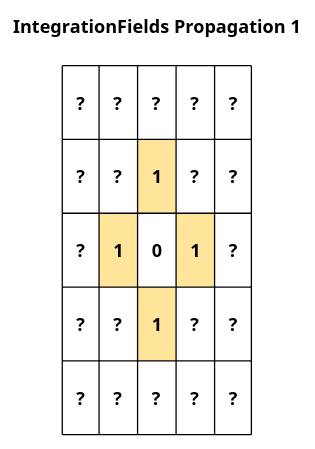
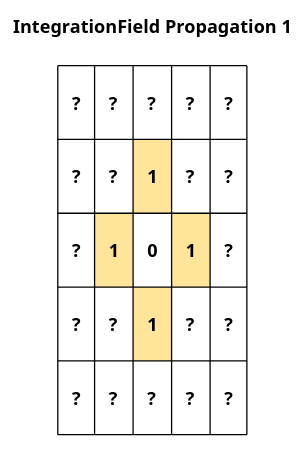
One commit to BlondeBurrito/bevy_flowfield_tiles_plugin changed the diagram in docs/int_field_prop1.puml. Above: the diagram before and after it, drawn with PlantUML. The commit also changed 35 other files, not shown here.

```diff
--- a/docs/int_field_prop1.puml
+++ b/docs/int_field_prop1.puml
@@ -1,12 +1,12 @@
 @startuml int_field_prop1
 
 title
-IntegrationFields Propagation 1
+IntegrationField Propagation 1
 
 |\n   ?   \n|\n   ?   \n|\n   ?   \n|\n   ?   \n|\n   ?   \n|
 |\n   ?   \n|\n   ?   \n|<#ffe599>\n   1   \n|\n   ?   \n|\n   ?   \n|
 |\n   ?   \n|<#ffe599>\n   1   \n|\n   0   \n|<#ffe599>\n   1   \n|\n   ?   \n|
 |\n   ?   \n|\n   ?   \n|<#ffe599>\n   1   \n|\n   ?   \n|\n   ?   \n|
 |\n   ?   \n|\n   ?   \n|\n   ?   \n|\n   ?   \n|\n   ?   \n|
 end title
 @enduml
```
